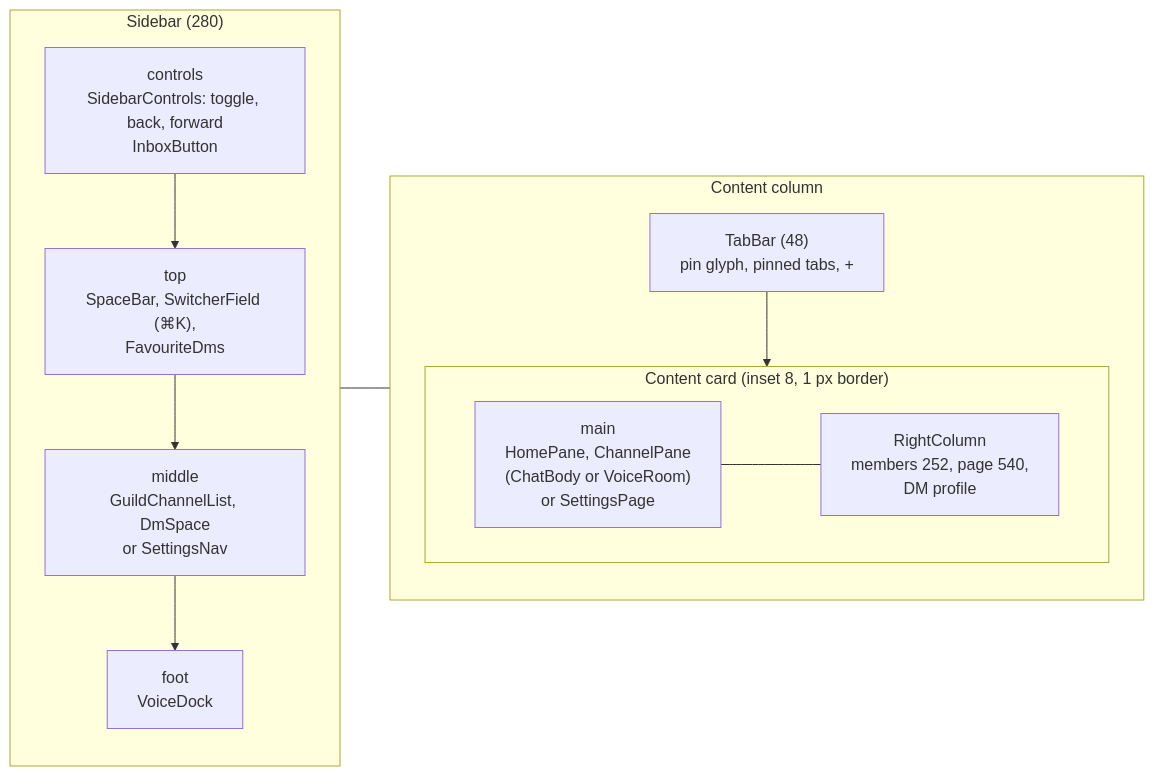
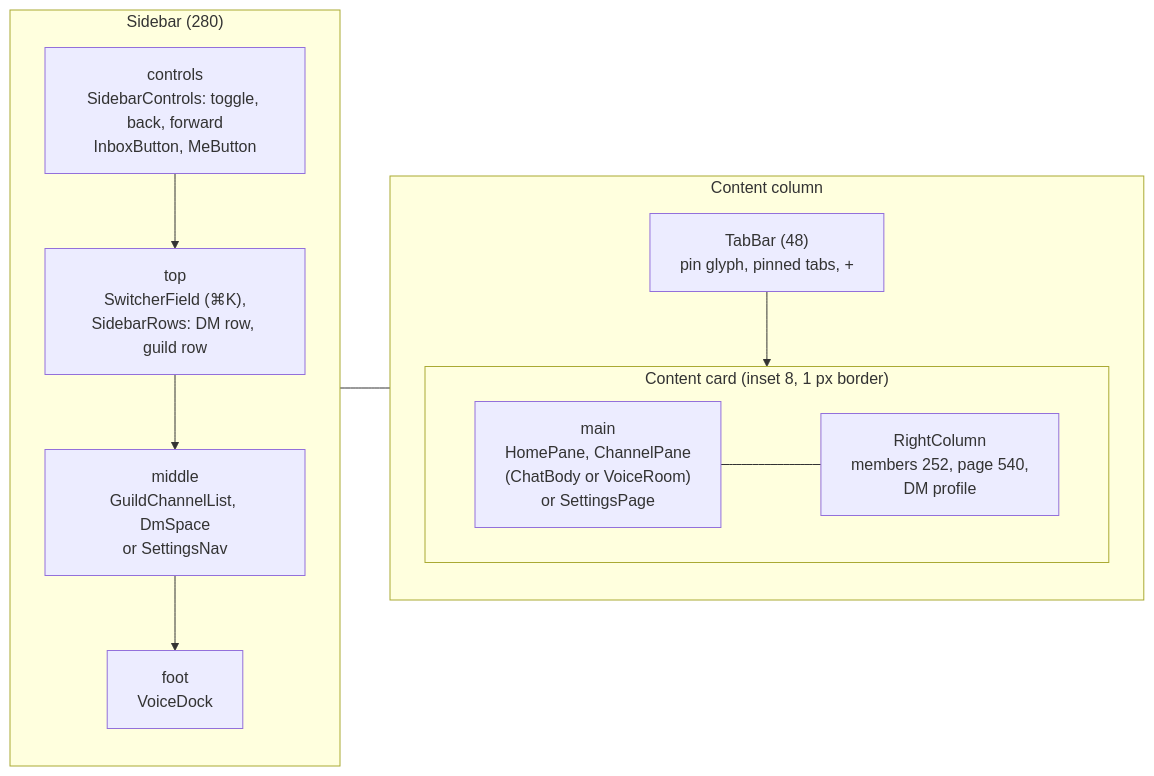
Before and after one commit to dan-hummelstad/hachiman: the third of 7 diagrams in apps/hachiman/README.md, drawn with Mermaid. The commit also changed other lines of this file and 18 other files, not shown here.

First line of the commit message:
feat(ui): recent DM and guild tile rows at the sidebar top

````diff
--- a/apps/hachiman/README.md
+++ b/apps/hachiman/README.md
@@ -178,23 +178,23 @@
 ```mermaid
 flowchart LR
   subgraph SB["Sidebar (280)"]
     direction TB
-    CTL["controls<br/>SidebarControls: toggle, back, forward<br/>InboxButton"]
-    TOP["top<br/>SpaceBar, SwitcherField (⌘K),<br/>FavouriteDms"]
+    CTL["controls<br/>SidebarControls: toggle, back, forward<br/>InboxButton, MeButton"]
+    TOP["top<br/>SwitcherField (⌘K),<br/>SidebarRows: DM row, guild row"]
     MID["middle<br/>GuildChannelList, DmSpace<br/>or SettingsNav"]
     FOOT["foot<br/>VoiceDock"]
     CTL --> TOP --> MID --> FOOT
   end
   subgraph COL["Content column"]
     direction TB
     TAB["TabBar (48)<br/>pin glyph, pinned tabs, +"]
     subgraph CARD["Content card (inset 8, 1 px border)"]
       direction LR
       MAIN["main<br/>HomePane, ChannelPane<br/>(ChatBody or VoiceRoom)<br/>or SettingsPage"]
       RC["RightColumn<br/>members 252, page 540,<br/>DM profile"]
       MAIN --- RC
     end
     TAB --> CARD
   end
   SB --- COL
 ```
````
